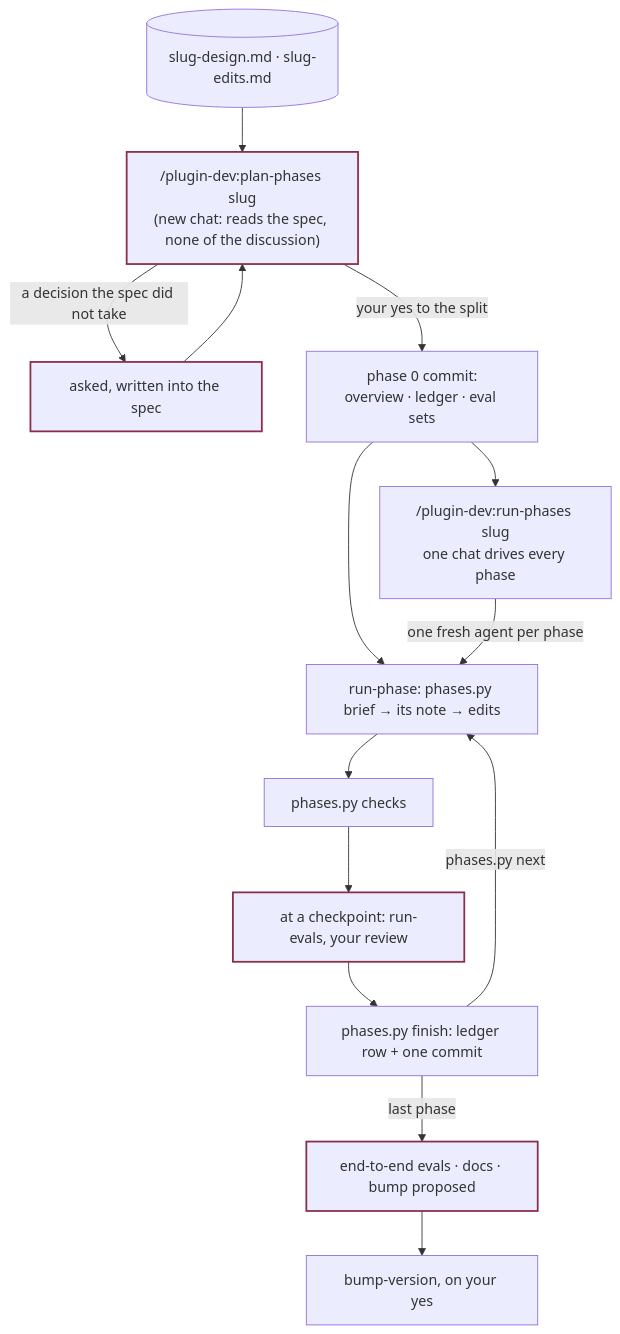
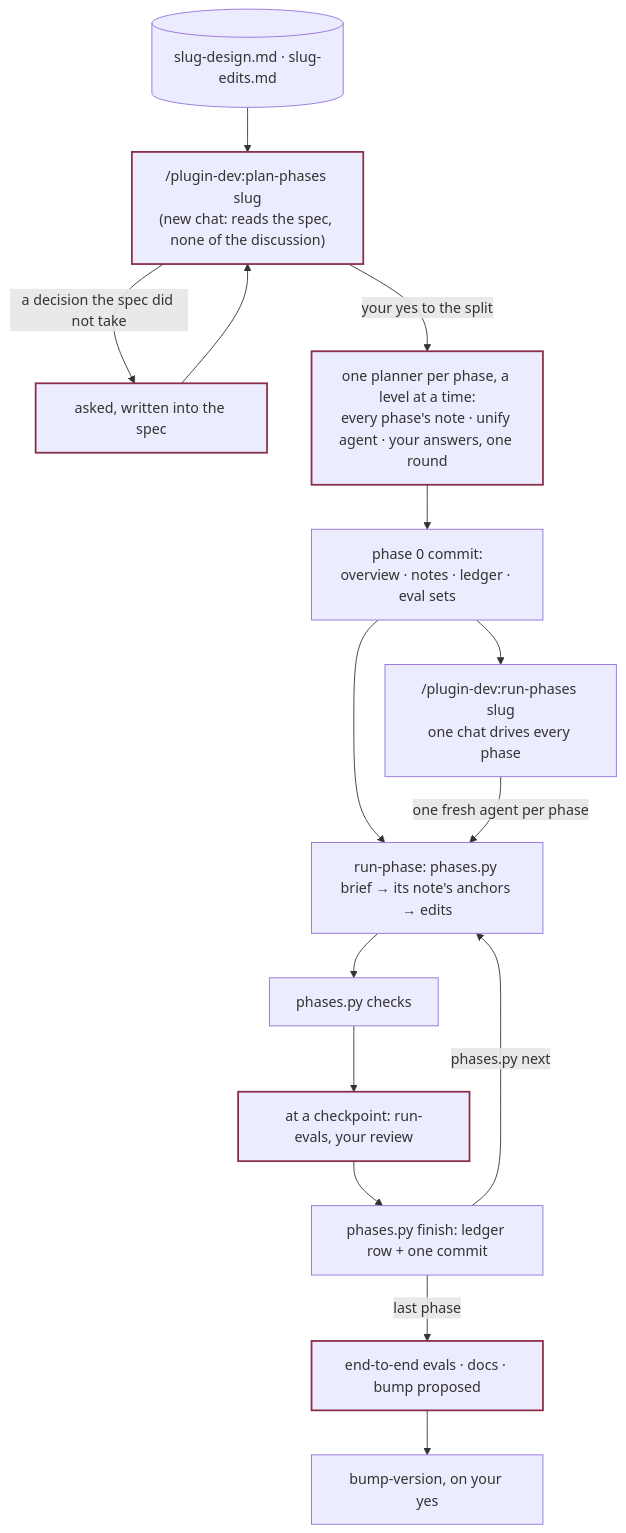
The diagram in plugin-dev/site/workflows/plan-and-run-phases.md (cott435/cott-plugins), drawn with Mermaid before and after one commit. The commit also changed other lines of this file and 25 other files, not shown here.

First line of the commit message:
plugin-dev: plan-phases writes every phase's note, one planner per phase, a level at a time; the split by dependency level and file ownership

````diff
--- a/plugin-dev/site/workflows/plan-and-run-phases.md
+++ b/plugin-dev/site/workflows/plan-and-run-phases.md
@@ -9,16 +10,17 @@
 ```mermaid
 flowchart TD
   SP[("slug-design.md · slug-edits.md")] --> P["/plugin-dev:plan-phases slug<br/>(new chat: reads the spec, none of the discussion)"]
   P -->|a decision the spec did not take| Q["asked, written into the spec"] --> P
-  P -->|your yes to the split| Z["phase 0 commit:<br/>overview · ledger · eval sets"]
+  P -->|your yes to the split| N["one planner per phase, a level at a time:<br/>every phase's note · unify agent · your answers, one round"]
+  N --> Z["phase 0 commit:<br/>overview · notes · ledger · eval sets"]
   Z --> D["/plugin-dev:run-phases slug<br/>one chat drives every phase"]
   Z --> R
-  D -->|one fresh agent per phase| R["run-phase: phases.py brief → its note → edits"]
+  D -->|one fresh agent per phase| R["run-phase: phases.py brief → its note's anchors → edits"]
   R --> C["phases.py checks"]
   C --> X["at a checkpoint: run-evals, your review"]
   X --> F["phases.py finish: ledger row + one commit"]
   F -->|phases.py next| R
   F -->|last phase| B["end-to-end evals · docs · bump proposed"] --> V["bump-version, on your yes"]
   classDef stop stroke:#8a2f4a,stroke-width:2px;
-  class Q,P,X,B stop;
+  class Q,P,N,X,B stop;
 ```
````
